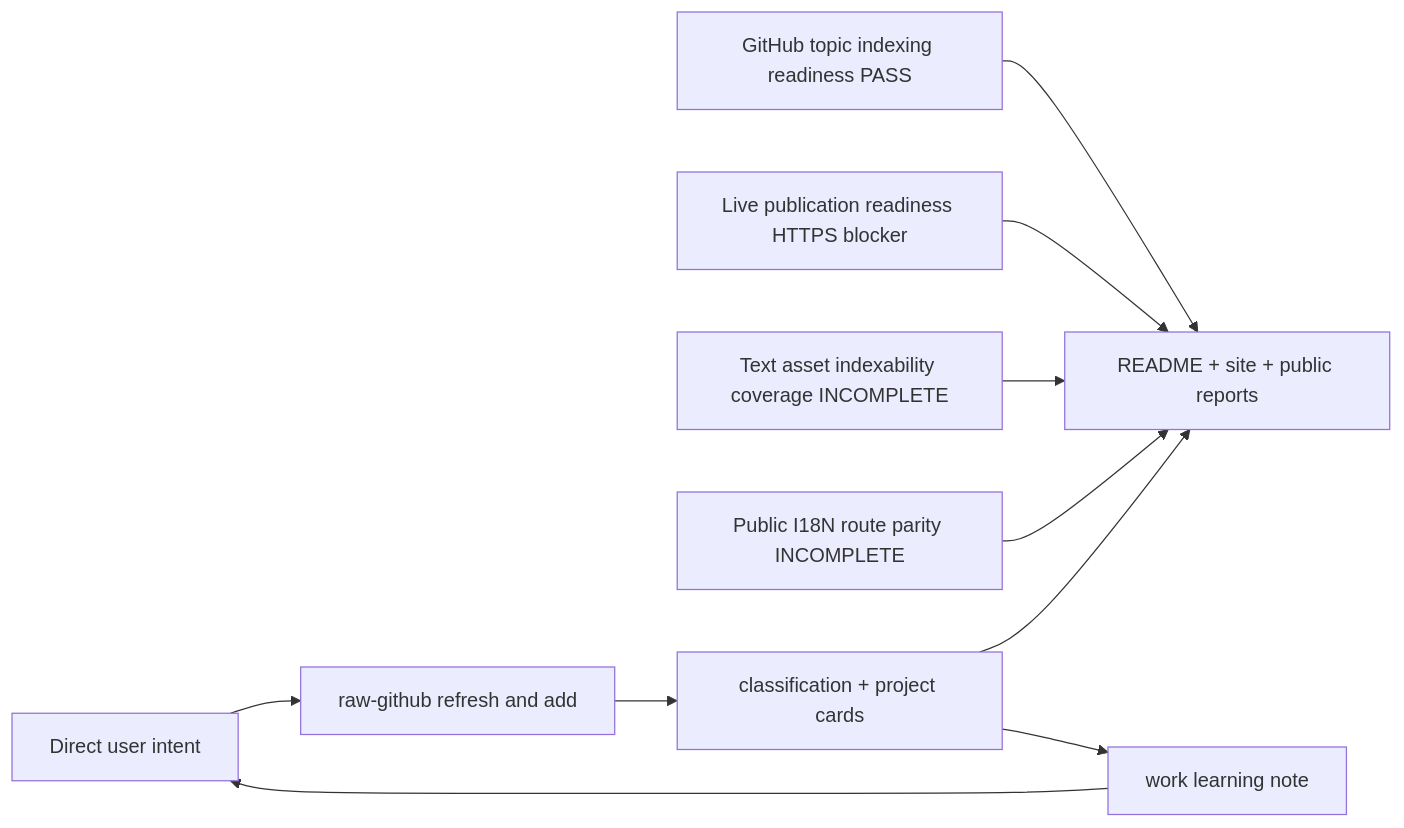
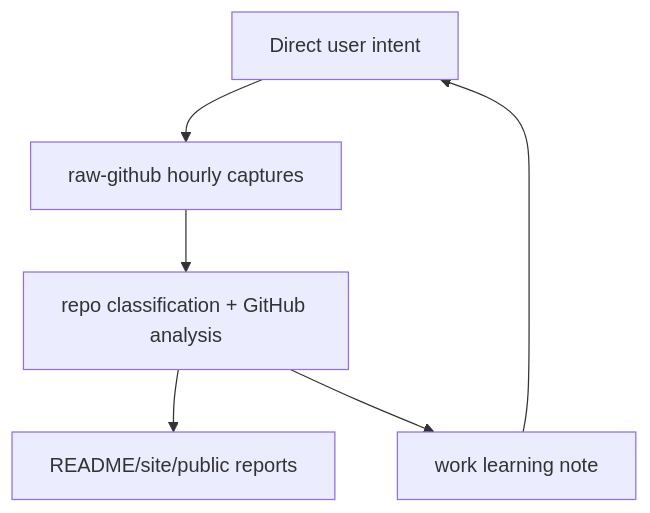
The diagram in .mermaid/current/graph.mmd (Shiyao-Huang/awesome-agent-evolution), drawn with Mermaid before and after one commit. The commit also changed other lines of this file and 32 other files, not shown here.

```diff
--- a/.mermaid/current/graph.mmd
+++ b/.mermaid/current/graph.mmd
@@ -1,10 +1,6 @@
-flowchart LR
-  INTENT["Direct user intent"] --> RAW["raw-github refresh and add"]
-  TOPIC["GitHub topic indexing readiness PASS"] --> SITE["README + site + public reports"]
-  HTTPS["Live publication readiness HTTPS blocker"] --> SITE
-  TEXT["Text asset indexability coverage INCOMPLETE"] --> SITE
-  I18N["Public I18N route parity INCOMPLETE"] --> SITE
-  RAW --> PROC["classification + project cards"]
-  PROC --> SITE
-  PROC --> NOTE["work learning note"]
-  NOTE --> INTENT
+graph TD
+  intent["Direct user intent"] --> raw["raw-github hourly captures"]
+  raw --> processed["repo classification + GitHub analysis"]
+  processed --> results["README/site/public reports"]
+  processed --> note["work learning note"]
+  note --> intent
```
